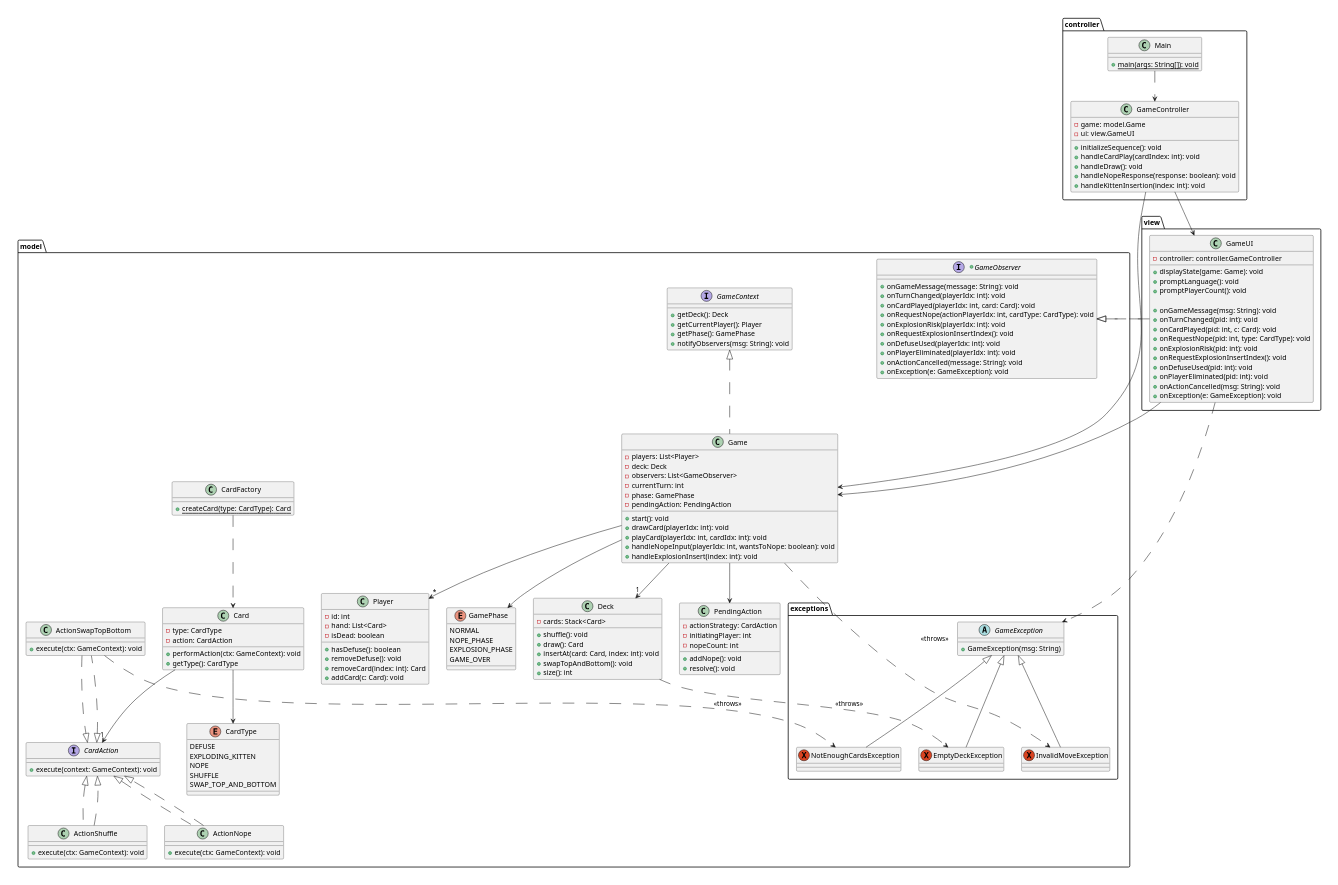
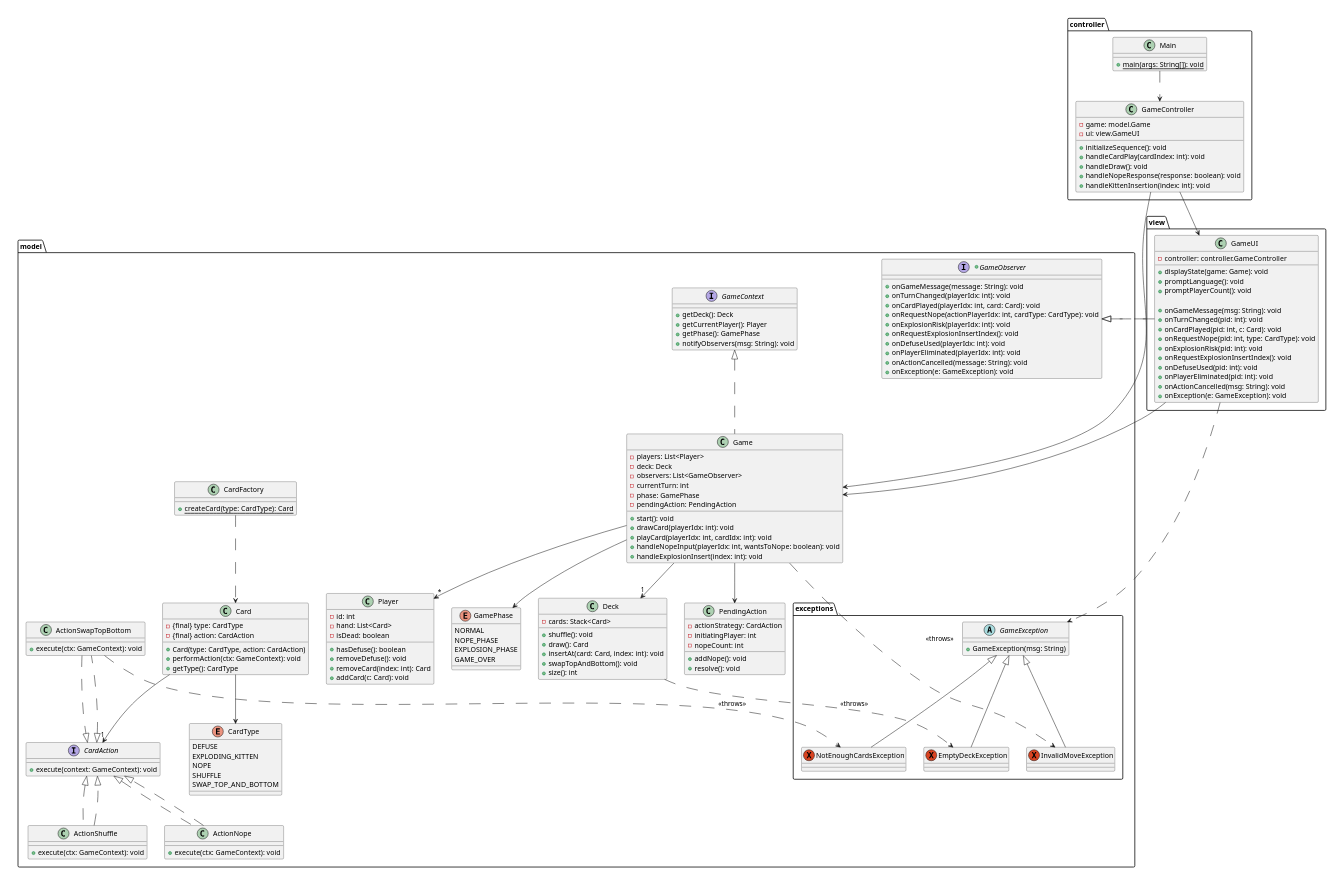
One commit to nu-cs-sw-design/project-20252601-396_final changed the diagram in docs/design/design.puml. Above: the diagram before and after it, drawn with PlantUML. The commit also changed 1 other file, not shown here.

Commit message:
CODE: refactor Card

```diff
--- a/docs/design/design.puml
+++ b/docs/design/design.puml
@@ -1,185 +1,187 @@
 @startuml
 scale max 512 height
 package model {
     +interface GameObserver {
         +onGameMessage(message: String): void
         +onTurnChanged(playerIdx: int): void
         +onCardPlayed(playerIdx: int, card: Card): void
         +onRequestNope(actionPlayerIdx: int, cardType: CardType): void
         +onExplosionRisk(playerIdx: int): void
         +onRequestExplosionInsertIndex(): void
         +onDefuseUsed(playerIdx: int): void
         +onPlayerEliminated(playerIdx: int): void
         +onActionCancelled(message: String): void
         +onException(e: GameException): void
     }
 
     interface GameContext {
         +getDeck(): Deck
         +getCurrentPlayer(): Player
         +getPhase(): GamePhase
         +notifyObservers(msg: String): void
     }
 
     interface CardAction {
         +execute(context: GameContext): void
     }
 
     package exceptions {
         abstract class GameException {
             +GameException(msg: String)
         }
         exception EmptyDeckException {
         }
         exception NotEnoughCardsException {
         }
         exception InvalidMoveException {
         }
 
         EmptyDeckException -u-|> GameException
         NotEnoughCardsException -u-|> GameException
         InvalidMoveException -u-|> GameException
     }
 
     enum GamePhase {
         NORMAL
         NOPE_PHASE
         EXPLOSION_PHASE
         GAME_OVER
     }
 
     class Game implements GameContext {
         -players: List<Player>
         -deck: Deck
         -observers: List<GameObserver>
         -currentTurn: int
         -phase: GamePhase
         -pendingAction: PendingAction
 
         +start(): void
         +drawCard(playerIdx: int): void
         +playCard(playerIdx: int, cardIdx: int): void
         +handleNopeInput(playerIdx: int, wantsToNope: boolean): void
         +handleExplosionInsert(index: int): void
     }
 
     class PendingAction {
         -actionStrategy: CardAction
         -initiatingPlayer: int
         -nopeCount: int
         +addNope(): void
         +resolve(): void
     }
 
     class Player {
         -id: int
         -hand: List<Card>
         -isDead: boolean
         +hasDefuse(): boolean
         +removeDefuse(): void
         +removeCard(index: int): Card
         +addCard(c: Card): void
     }
 
     class Deck {
         -cards: Stack<Card>
         +shuffle(): void
         +draw(): Card
         +insertAt(card: Card, index: int): void
         +swapTopAndBottom(): void
         +size(): int
     }
 
     class Card {
-        -type: CardType
-        -action: CardAction
+        -{final} type: CardType
+        -{final} action: CardAction
+
+        +Card(type: CardType, action: CardAction)
         +performAction(ctx: GameContext): void
         +getType(): CardType
     }
 
     enum CardType {
         DEFUSE
         EXPLODING_KITTEN
         NOPE
         SHUFFLE
         SWAP_TOP_AND_BOTTOM
     }
 
     class CardFactory {
         +{static} createCard(type: CardType): Card
     }
 
     class ActionShuffle implements CardAction {
         +execute(ctx: GameContext): void
     }
     class ActionSwapTopBottom implements CardAction {
         +execute(ctx: GameContext): void
     }
     class ActionNope implements CardAction {
         +execute(ctx: GameContext): void
     }
 }
 
 package view {
     class GameUI implements model.GameObserver {
         -controller: controller.GameController
 
         +displayState(game: Game): void
         +promptLanguage(): void
         +promptPlayerCount(): void
 
         +onGameMessage(msg: String): void
         +onTurnChanged(pid: int): void
         +onCardPlayed(pid: int, c: Card): void
         +onRequestNope(pid: int, type: CardType): void
         +onExplosionRisk(pid: int): void
         +onRequestExplosionInsertIndex(): void
         +onDefuseUsed(pid: int): void
         +onPlayerEliminated(pid: int): void
         +onActionCancelled(msg: String): void
         +onException(e: GameException): void
     }
 }
 
 package controller {
     class GameController {
         -game: model.Game
         -ui: view.GameUI
 
         +initializeSequence(): void
         +handleCardPlay(cardIndex: int): void
         +handleDraw(): void
         +handleNopeResponse(response: boolean): void
         +handleKittenInsertion(index: int): void
     }
 
     class Main {
         +{static} main(args: String[]): void
     }
 }
 
 GameController --> model.Game
 GameController --> view.GameUI
 Main ..> GameController
 
 view.GameUI ..|> model.GameObserver
 view.GameUI --> model.Game
 
 model.Game --> "1" model.Deck
 model.Game --> "*" model.Player
 model.Game --> model.PendingAction
 model.Game --> model.GamePhase
 model.Card --> "1" model.CardAction
 model.Card --> model.CardType
 model.CardFactory ..> model.Card
 
 model.Deck ..> model.exceptions.EmptyDeckException : <<throws>>
 model.ActionSwapTopBottom ..> model.exceptions.NotEnoughCardsException : <<throws>>
 model.Game ..> model.exceptions.InvalidMoveException : <<throws>>
 view.GameUI ..> model.exceptions.GameException
 
 model.ActionShuffle ..|> model.CardAction
 model.ActionSwapTopBottom ..|> model.CardAction
 model.ActionNope ..|> model.CardAction
 
 @enduml
```
